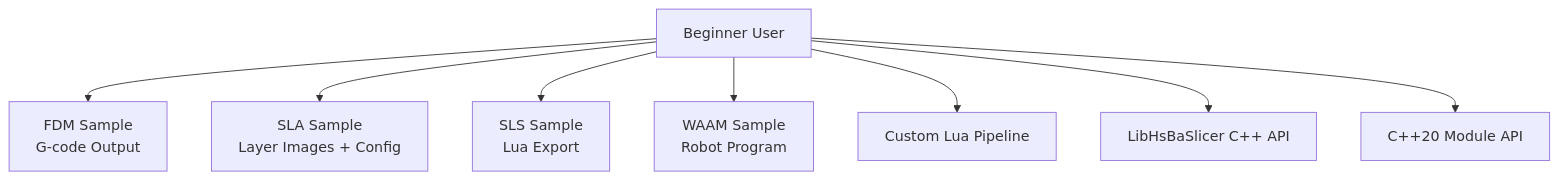
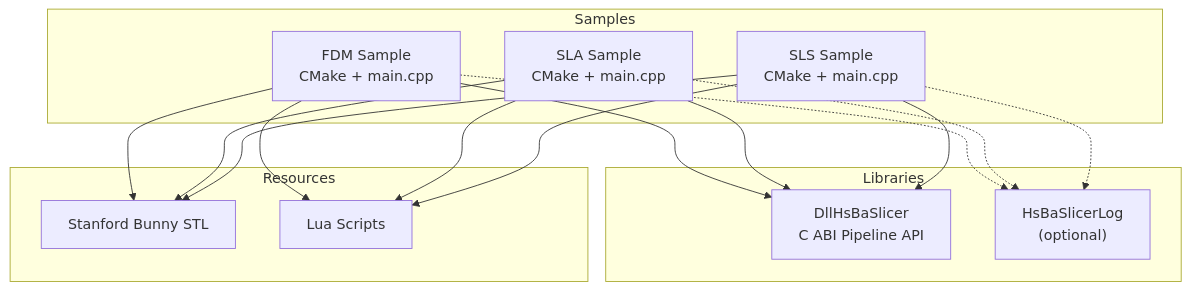
One commit to hsmbanlance/HsBaSlicer changed the first of 6 diagrams in .qoder/repowiki/en/content/Examples & Samples/Basic Examples.md. Above: the diagram before and after it, drawn with Mermaid. The commit also changed other lines of this file and 1095 other files, not shown here.

````diff
--- a/.qoder/repowiki/en/content/Examples & Samples/Basic Examples.md
+++ b/.qoder/repowiki/en/content/Examples & Samples/Basic Examples.md
@@ -60,10 +43,28 @@
 ```mermaid
 graph TB
-Beginner["Beginner User"] --> FDM["FDM Sample<br/>G-code Output"]
-Beginner --> SLA["SLA Sample<br/>Layer Images + Config"]
-Beginner --> SLS["SLS Sample<br/>Lua Export"]
-Beginner --> WAAM["WAAM Sample<br/>Robot Program"]
-Beginner --> Custom["Custom Lua Pipeline"]
-Beginner --> LibAPI["LibHsBaSlicer C++ API"]
-Beginner --> ModuleAPI["C++20 Module API"]
+subgraph "Samples"
+FDM["FDM Sample<br/>CMake + main.cpp"]
+SLA["SLA Sample<br/>CMake + main.cpp"]
+SLS["SLS Sample<br/>CMake + main.cpp"]
+end
+subgraph "Libraries"
+DLL["DllHsBaSlicer<br/>C ABI Pipeline API"]
+LOG["HsBaSlicerLog<br/>(optional)"]
+end
+subgraph "Resources"
+MODEL["Stanford Bunny STL"]
+SCRIPTS["Lua Scripts"]
+end
+FDM --> DLL
+SLA --> DLL
+SLS --> DLL
+FDM -.-> LOG
+SLA -.-> LOG
+SLS -.-> LOG
+FDM --> MODEL
+SLA --> MODEL
+SLS --> MODEL
+FDM --> SCRIPTS
+SLA --> SCRIPTS
+SLS --> SCRIPTS
 ```
````
